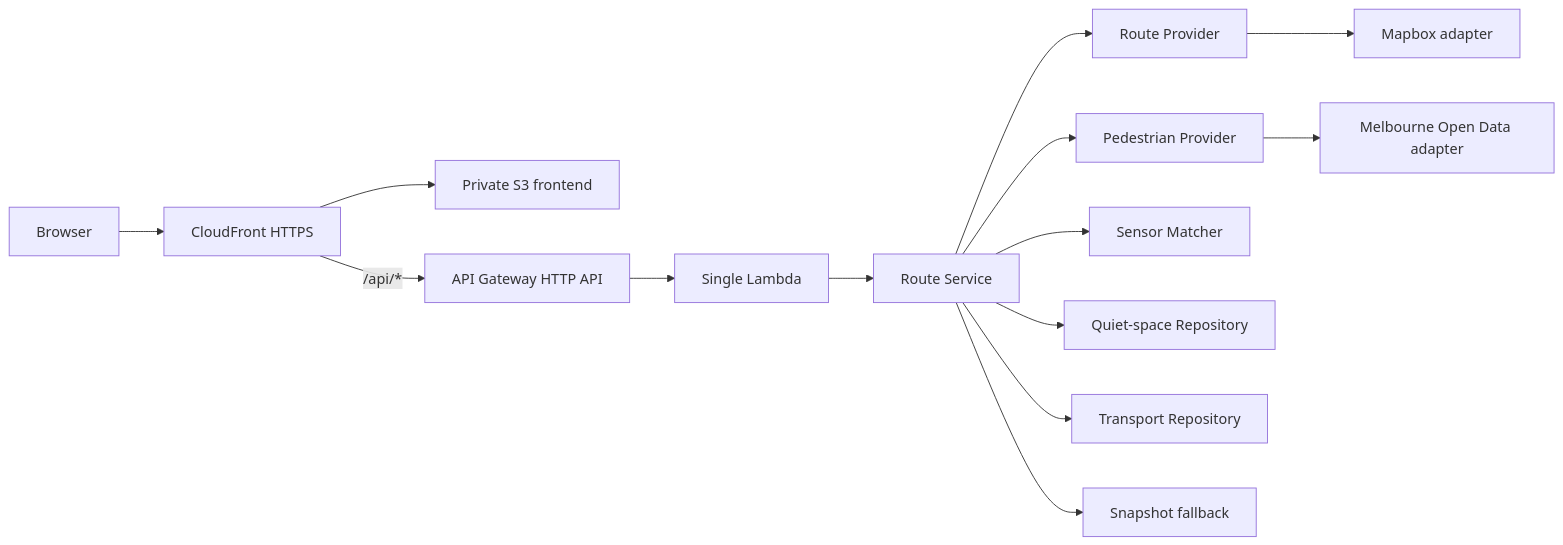
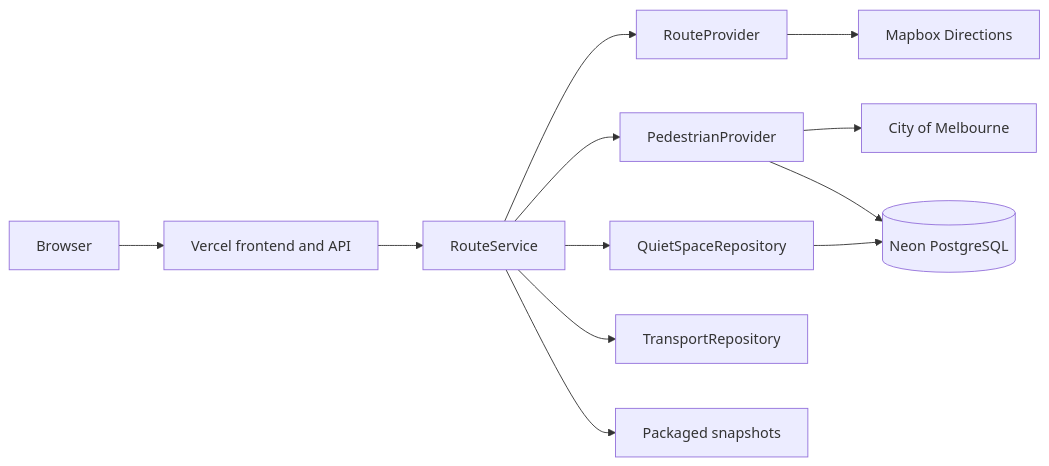
One commit to Xiangzhonglong/FIT5120-TE15-Sensory-Friendly-Melbourne changed the diagram in documents/project/architecture.md. Above: the diagram before and after it, drawn with Mermaid. The commit also changed other lines of this file and 12 other files, not shown here.

Commit message:
Complete backend acceptance architecture

````diff
--- a/documents/project/architecture.md
+++ b/documents/project/architecture.md
@@ -7,16 +7,14 @@
 ```mermaid
 flowchart LR
-    U[Browser] --> CF[CloudFront HTTPS]
-    CF --> S3[Private S3 frontend]
-    CF -->|/api/*| APIGW[API Gateway HTTP API]
-    APIGW --> L[Single Lambda]
-    L --> RS[Route Service]
-    RS --> RP[Route Provider]
-    RS --> PP[Pedestrian Provider]
-    RS --> SM[Sensor Matcher]
-    RS --> QR[Quiet-space Repository]
-    RS --> TR[Transport Repository]
-    RP --> MB[Mapbox adapter]
-    PP --> MD[Melbourne Open Data adapter]
-    RS --> SNAP[Snapshot fallback]
+    U[Browser] --> V[Vercel frontend and API]
+    V --> RS[RouteService]
+    RS --> RP[RouteProvider]
+    RS --> PP[PedestrianProvider]
+    RS --> QS[QuietSpaceRepository]
+    RS --> TR[TransportRepository]
+    RP --> MB[Mapbox Directions]
+    PP --> COM[City of Melbourne]
+    PP --> N[(Neon PostgreSQL)]
+    QS --> N
+    RS --> S[Packaged snapshots]
 ```
````
